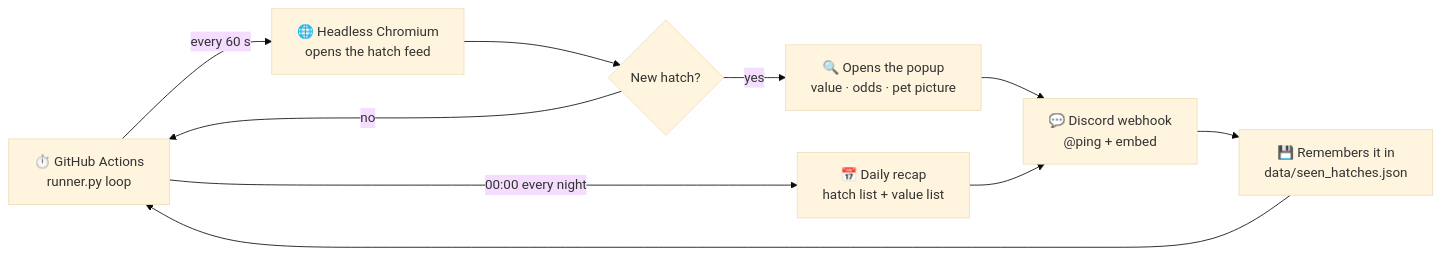
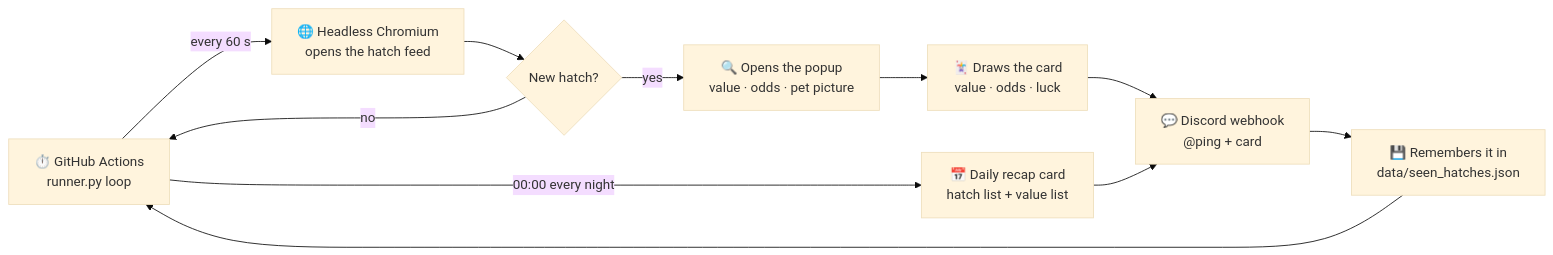
One commit to sadecebar/pet-hatches changed the diagram in README.md. Above: the diagram before and after it, drawn with Mermaid (base theme). The commit also changed other lines of this file and 4 other files, not shown here.

````diff
--- a/README.md
+++ b/README.md
@@ -62,12 +78,13 @@
 ```mermaid
 flowchart LR
     A["⏱️ GitHub Actions<br/>runner.py loop"] -->|every 60 s| B["🌐 Headless Chromium<br/>opens the hatch feed"]
     B --> C{"New hatch?"}
     C -->|no| A
     C -->|yes| D["🔍 Opens the popup<br/>value · odds · pet picture"]
-    D --> E["💬 Discord webhook<br/>@ping + embed"]
+    D --> H["🃏 Draws the card<br/>value · odds · luck"]
+    H --> E["💬 Discord webhook<br/>@ping + card"]
     E --> F["💾 Remembers it in<br/>data/seen_hatches.json"]
     F --> A
-    A -->|"00:00 every night"| G["📅 Daily recap<br/>hatch list + value list"]
+    A -->|"00:00 every night"| G["📅 Daily recap card<br/>hatch list + value list"]
     G --> E
 ```
````
